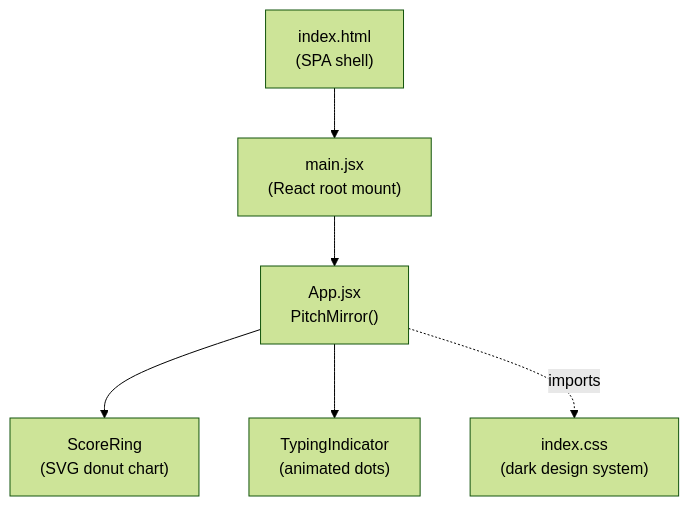
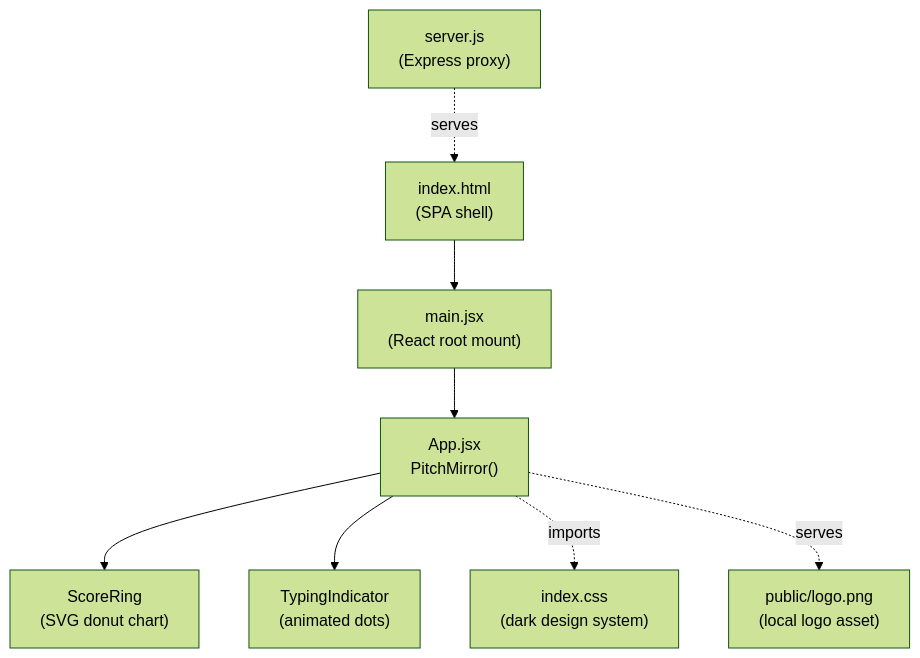
One commit to srivi19/pitchmirror changed the third of 10 diagrams in architecture.md. Above: the diagram before and after it, drawn with Mermaid (forest theme). The commit also changed other lines of this file and 1 other file, not shown here.

Commit message:
Update README and architecture.md: Express proxy, voice I/O, back/download buttons, deployment guide

````diff
--- a/architecture.md
+++ b/architecture.md
@@ -93,15 +101,19 @@
 ```mermaid
 graph TD
     main["main.jsx\n(React root mount)"]
     App["App.jsx\nPitchMirror()"]
     ScoreRing["ScoreRing\n(SVG donut chart)"]
     TypingIndicator["TypingIndicator\n(animated dots)"]
     CSS["index.css\n(dark design system)"]
     HTML["index.html\n(SPA shell)"]
+    Server["server.js\n(Express proxy)"]
+    Logo["public/logo.png\n(local logo asset)"]
 
     main --> App
     App --> ScoreRing
     App --> TypingIndicator
     App -.->|imports| CSS
+    App -.->|serves| Logo
     HTML --> main
+    Server -.->|serves| HTML
 ```
````
